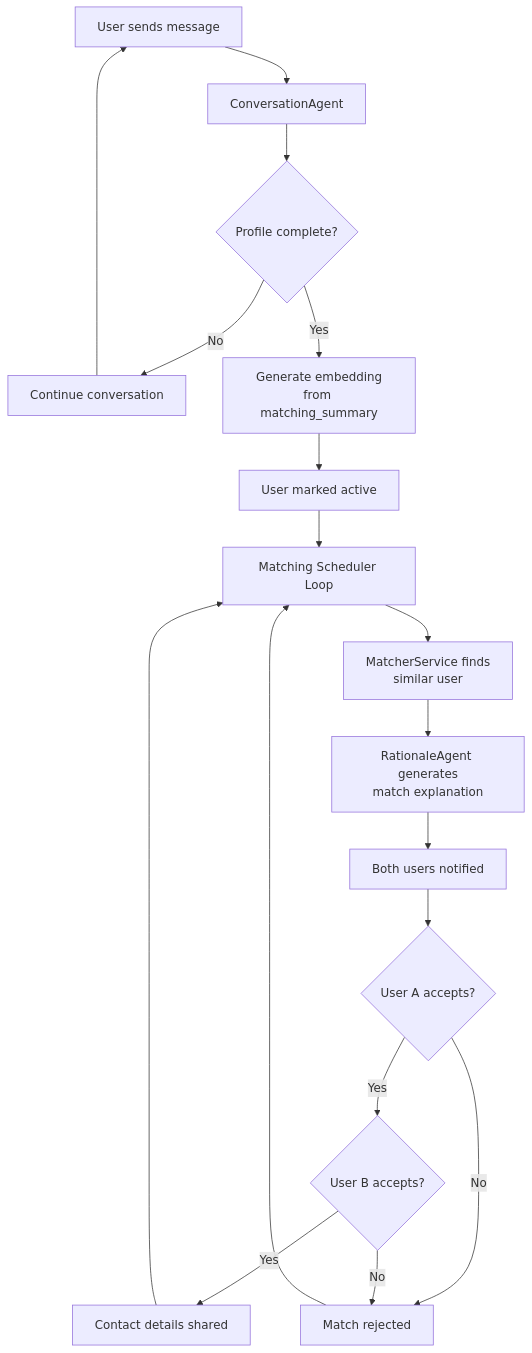
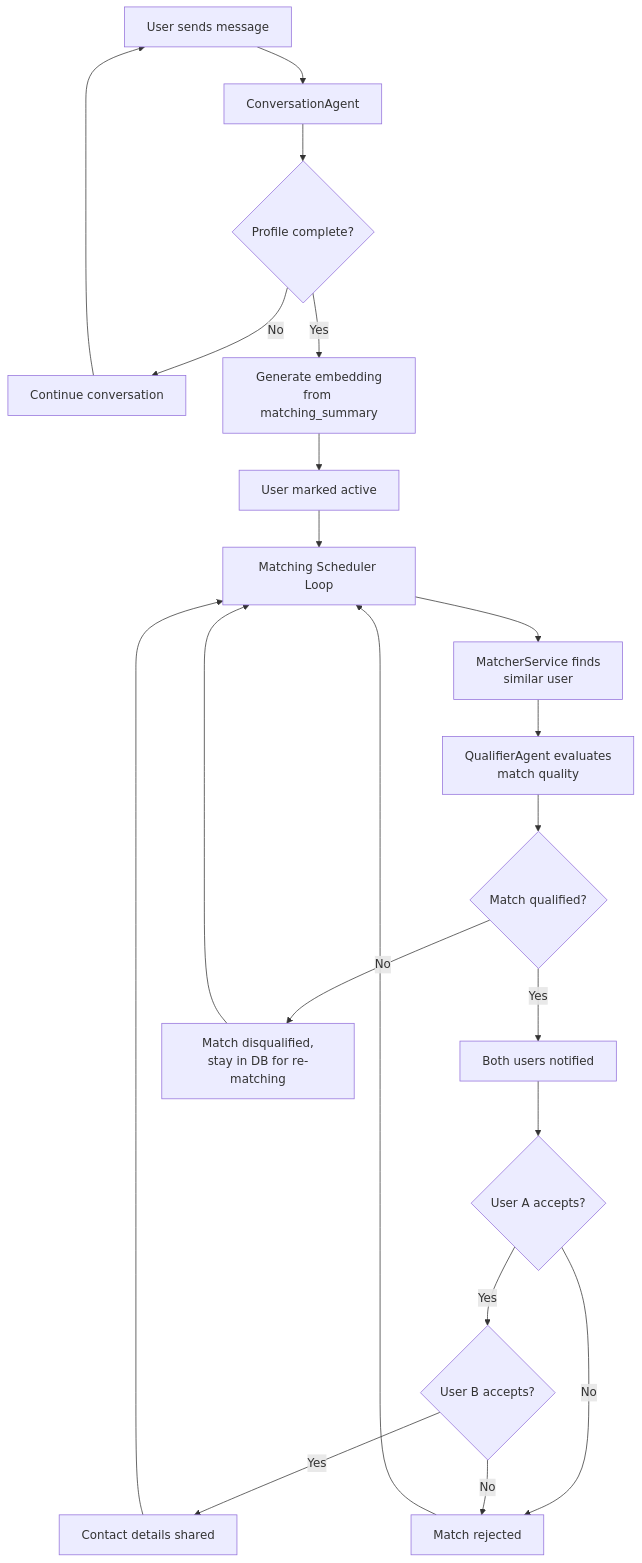
The first of 5 diagrams in README.md (vzakharov/mitko), drawn with Mermaid before and after one commit. The commit also changed other lines of this file and 7 other files, not shown here.

First line of the commit message:
feat: transform RationaleAgent into QualifierAgent with match qualification

````diff
--- a/README.md
+++ b/README.md
@@ -36,23 +36,26 @@
 ```mermaid
 graph TB
     A[User sends message] --> B[ConversationAgent]
     B --> C{Profile complete?}
     C -->|No| D[Continue conversation]
     C -->|Yes| E[Generate embedding<br/>from matching_summary]
     E --> F[User marked active]
     F --> G[Matching Scheduler Loop]
 
     G --> H[MatcherService finds<br/>similar user]
-    H --> I[RationaleAgent generates<br/>match explanation]
-    I --> J[Both users notified]
+    H --> I[QualifierAgent evaluates<br/>match quality]
+    I --> J{Match qualified?}
+    J -->|Yes| K[Both users notified]
+    J -->|No| L[Match disqualified,<br/>stay in DB for re-matching]
+    L --> G
 
-    J --> K{User A accepts?}
-    K -->|Yes| L{User B accepts?}
-    K -->|No| M[Match rejected]
-    L -->|Yes| N[Contact details shared]
-    L -->|No| M
+    K --> M{User A accepts?}
+    M -->|Yes| N{User B accepts?}
+    M -->|No| O[Match rejected]
+    N -->|Yes| P[Contact details shared]
+    N -->|No| O
 
     D --> A
-    M --> G
-    N --> G
+    O --> G
+    P --> G
 ```
````
